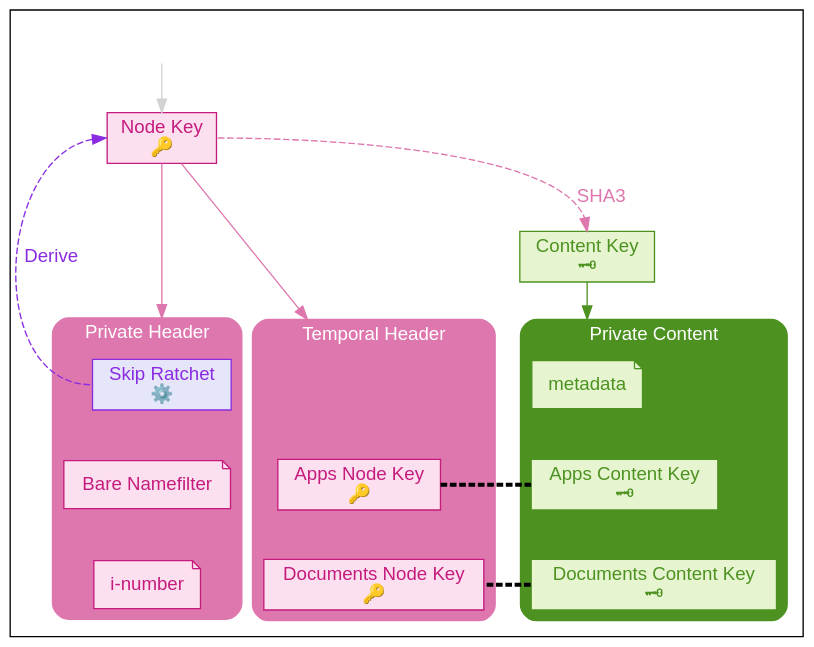
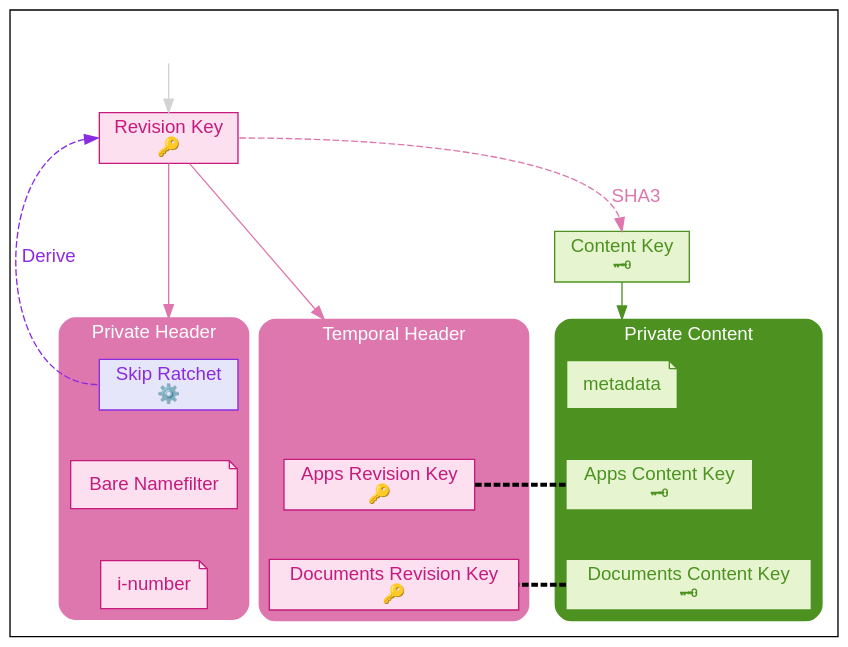
The diagram in spec/diagrams/revision_key_layout.dot (wnfs-wg/spec), drawn with Graphviz before and after one commit.

Commit message:
Final node key

```diff
--- a/spec/diagrams/revision_key_layout.dot
+++ b/spec/diagrams/revision_key_layout.dot
@@ -1,135 +1,135 @@
 digraph G {
     #########
     # SETUP #
     #########
 
     compound = true
     fontname = "Helvetica"
 
     edge [
         colorscheme = "piyg11"
         color = black
         fontname = "Helvetica"
     ];
 
     node [
         shape = box
         colorscheme = "piyg11"
         style = filled
         fillcolor = 5
         color = black
         fontname = "Helvetica"
         color=2
         fontcolor=2
     ];
 
     graph [
         colorscheme="piyg11"
         color=10
         style = "rounded,filled"
         fontcolor=white
     ];
 
     ##############
     # FREE NODES #
     ##############
 
     invis_parent [style = invis]
-    node_key [label = "Node Key\n🔑" color = 2  fontcolor = 2]
+    revision_key [label = "Revision Key\n🔑" color = 2  fontcolor = 2]
     content_key [label = "Content Key\n🗝" color=10 fontcolor = 10 fillcolor=7]
 
     ############
     # CLUSTERS #
     ############
 
     subgraph cluster_private_header {
         label = "Private Header"
         color=3
 
         skip_ratchet [label = "Skip Ratchet\n⚙️" color = blueviolet fontcolor = blueviolet fillcolor=lavender]
         bare_nf [label = "Bare Namefilter" shape = note]
         i_number [label = "i-number" shape = note]
 
         skip_ratchet -> bare_nf -> i_number [style=invis]
     }
 
     subgraph cluster_temporal_header {
         label = "Temporal Header"
         color = 3
 
-        apps_header_key [label = "Apps Node Key\n🔑"]
-        docs_header_key [label = "Documents Node Key\n🔑"]
+        apps_header_key [label = "Apps Revision Key\n🔑"]
+        docs_header_key [label = "Documents Revision Key\n🔑"]
         invis_header [style = invis]
 
         invis_header -> apps_header_key -> docs_header_key  [style=invis]
     }
 
     subgraph cluster_private_content {
         label = "Private Content"
 
         node [
             color=10
             fontcolor=10
             fillcolor=7
         ]
 
         metadata [shape = note]
 
         apps_content_key [label="Apps Content Key\n🗝"]
         docs_content_key [label="Documents Content Key\n🗝"]
 
         metadata -> apps_content_key -> docs_content_key [style=invis];
     }
 
     #########
     # EDGES #
     #########
 
-    node_key:e -> content_key:n [
+    revision_key:e -> content_key:n [
         label = "SHA3"
         style = dashed
         color = 3
         fontcolor = 3
         weight = 0.5
     ]
 
-    node_key:w -> skip_ratchet:w [
+    revision_key:w -> skip_ratchet:w [
         dir = back
         style = dashed
         label = "Derive"
         color = blueviolet
         fontcolor = blueviolet
     ]
 
-    invis_parent -> node_key [color = lightgray weight = 10]
+    invis_parent -> revision_key [color = lightgray weight = 10]
     content_key:s -> metadata [
         lhead = cluster_private_content
         color = 10
         weight = 18
     ]
 
-    node_key -> skip_ratchet [lhead = cluster_private_header color = 3 weight=10]
-    node_key -> invis_header [lhead = cluster_temporal_header color = 3]
+    revision_key -> skip_ratchet [lhead = cluster_private_header color = 3 weight=10]
+    revision_key -> invis_header [lhead = cluster_temporal_header color = 3]
 
     apps_header_key -> apps_content_key [
         penwidth = 3
         arrowtail = none
         dir = back
         style = dashed
     ]
 
     docs_content_key -> docs_header_key [
         penwidth = 3
         arrowhead = none
         style = dashed
     ]
 
     ################
     # LAYOUT HACKS #
     ################
 
     content_key:s -> invis_header:n [lhead=cluster_temporal_header style=invis]
     content_key:s -> skip_ratchet:n [lhead=cluster_temporal_header style=invis]
     skip_ratchet -> apps_header_key [lhead=cluster_private_header style=invis]
     apps_header_key -> skip_ratchet [style=invis]
 }
```
